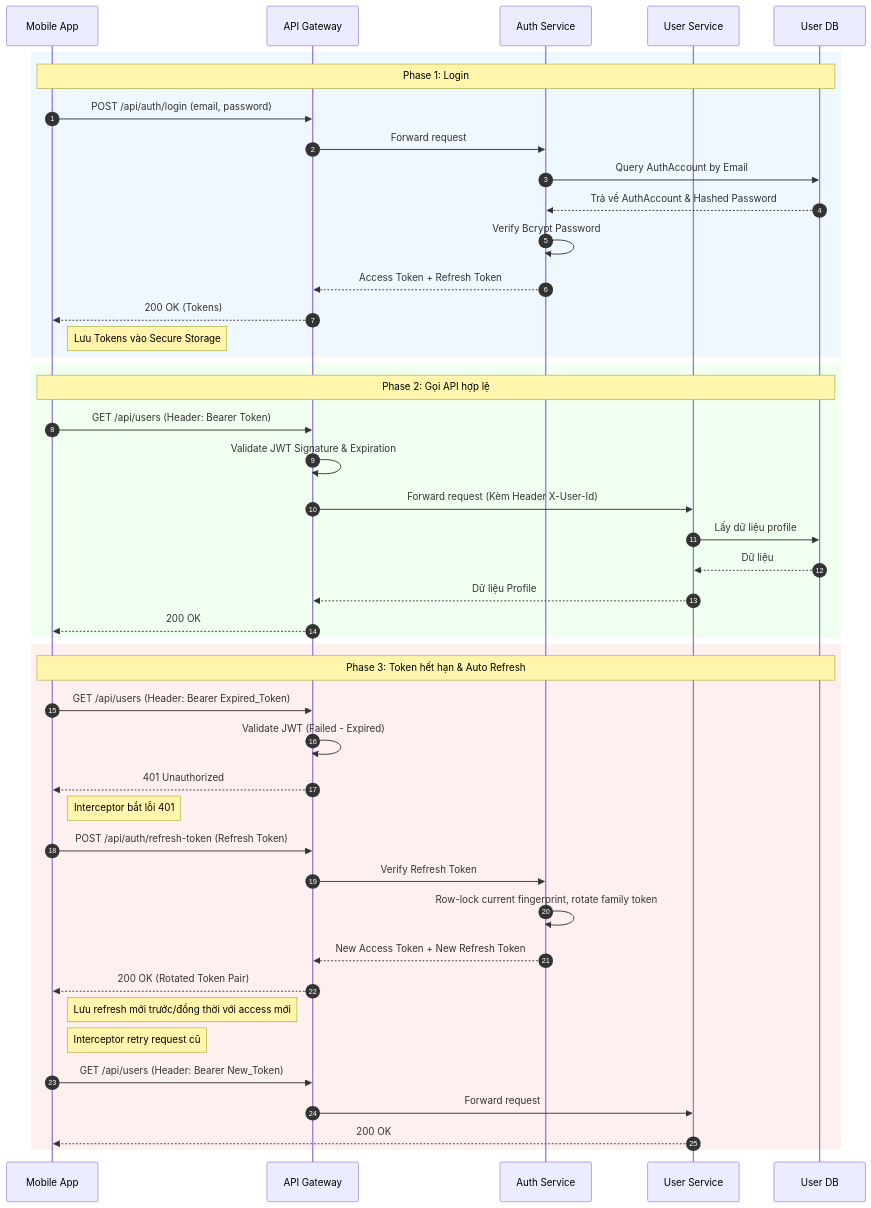
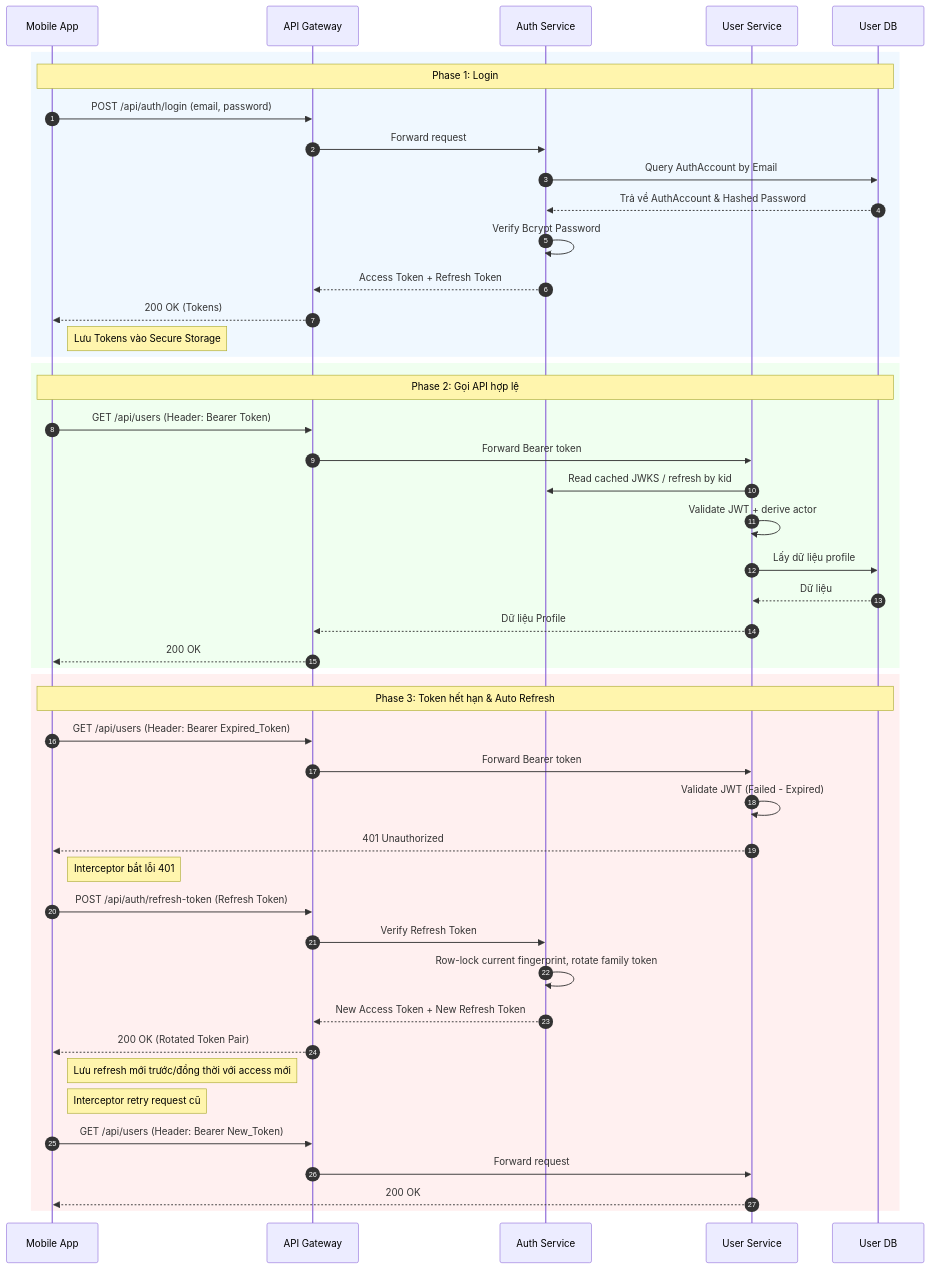
Before and after one commit to hoanganhnth/delivery_backend: the second of 2 diagrams in docs/services/auth_and_users.md, drawn with Mermaid. The commit also changed other lines of this file and 145 other files, not shown here.

Commit message:
feat(auth): migrate services to JWKS resource authentication

````diff
--- a/docs/services/auth_and_users.md
+++ b/docs/services/auth_and_users.md
@@ -114,57 +118,59 @@
 ```mermaid
 sequenceDiagram
     autonumber
     participant App as Mobile App
     participant GW as API Gateway
     participant Auth as Auth Service
     participant User as User Service
     participant DB as User DB
 
     %% Đăng nhập ban đầu
     rect rgb(240, 248, 255)
         Note over App, DB: Phase 1: Login
         App->>GW: POST /api/auth/login (email, password)
         GW->>Auth: Forward request
         Auth->>DB: Query AuthAccount by Email
         DB-->>Auth: Trả về AuthAccount & Hashed Password
         Auth->>Auth: Verify Bcrypt Password
         Auth-->>GW: Access Token + Refresh Token
         GW-->>App: 200 OK (Tokens)
         Note right of App: Lưu Tokens vào Secure Storage
     end
 
     %% Gọi API thông thường
     rect rgb(240, 255, 240)
         Note over App, DB: Phase 2: Gọi API hợp lệ
         App->>GW: GET /api/users (Header: Bearer Token)
-        GW->>GW: Validate JWT Signature & Expiration
-        GW->>User: Forward request (Kèm Header X-User-Id)
+        GW->>User: Forward Bearer token
+        User->>Auth: Read cached JWKS / refresh by kid
+        User->>User: Validate JWT + derive actor
         User->>DB: Lấy dữ liệu profile
         DB-->>User: Dữ liệu
         User-->>GW: Dữ liệu Profile
         GW-->>App: 200 OK
     end
 
     %% Gọi API khi Token hết hạn
     rect rgb(255, 240, 240)
         Note over App, DB: Phase 3: Token hết hạn & Auto Refresh
         App->>GW: GET /api/users (Header: Bearer Expired_Token)
-        GW->>GW: Validate JWT (Failed - Expired)
-        GW-->>App: 401 Unauthorized
+        GW->>User: Forward Bearer token
+        User->>User: Validate JWT (Failed - Expired)
+        User-->>App: 401 Unauthorized
         
         %% App bắt lỗi 401 và tự động gọi refresh
         Note right of App: Interceptor bắt lỗi 401
         App->>GW: POST /api/auth/refresh-token (Refresh Token)
         GW->>Auth: Verify Refresh Token
         Auth->>Auth: Row-lock current fingerprint, rotate family token
         Auth-->>GW: New Access Token + New Refresh Token
         GW-->>App: 200 OK (Rotated Token Pair)
         Note right of App: Lưu refresh mới trước/đồng thời với access mới
         
         %% Retry request ban đầu
         Note right of App: Interceptor retry request cũ
         App->>GW: GET /api/users (Header: Bearer New_Token)
         GW->>User: Forward request
         User-->>App: 200 OK
     end
 ```
````
